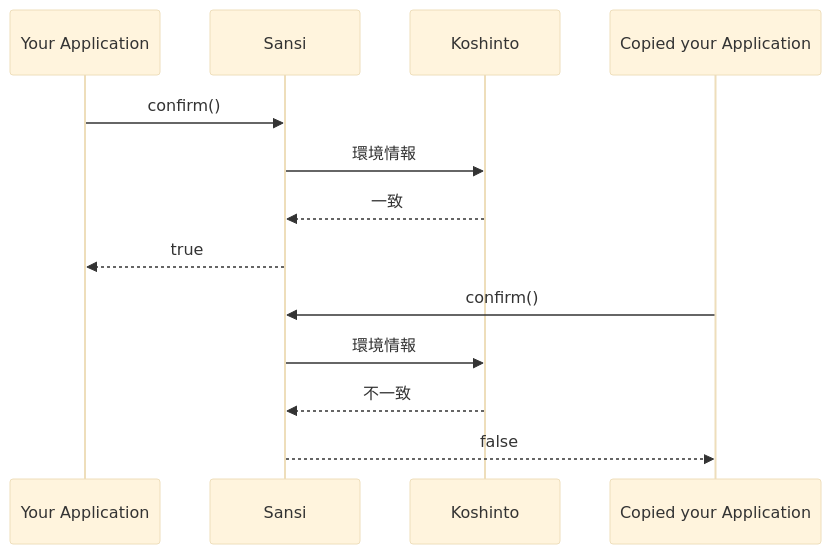
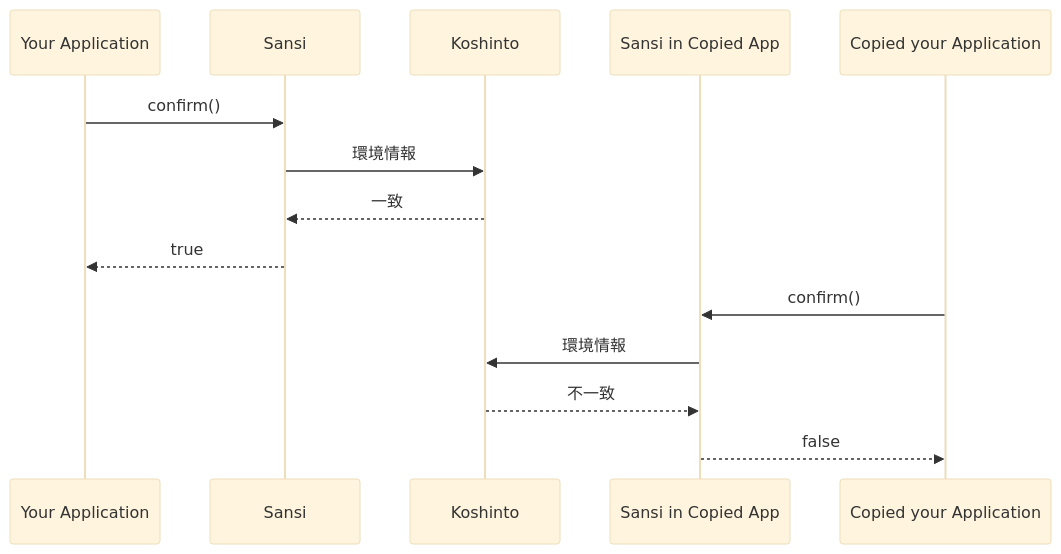
The diagram in README.md (UedaTakeyuki/sansi_examples), drawn with Mermaid (base theme) before and after one commit.

````diff
--- a/README.md
+++ b/README.md
@@ -10,18 +10,18 @@
 ```mermaid
 sequenceDiagram;
 participant Your Application
 participant Sansi
 participant Koshinto
-participant Sansi
+participant Sansi in Copied App
 participant Copied your Application
 
 Your Application->>Sansi: confirm()
 Sansi->>Koshinto: 環境情報
 Koshinto-->>Sansi: 一致
 Sansi-->>Your Application: true
 
-Copied your Application->>Sansi: confirm()
-Sansi->>Koshinto: 環境情報
-Koshinto-->>Sansi: 不一致
-Sansi-->>Copied your Application: false
+Copied your Application->>Sansi in Copied App: confirm()
+Sansi in Copied App->>Koshinto: 環境情報
+Koshinto-->>Sansi in Copied App: 不一致
+Sansi in Copied App-->>Copied your Application: false
 ```
````
